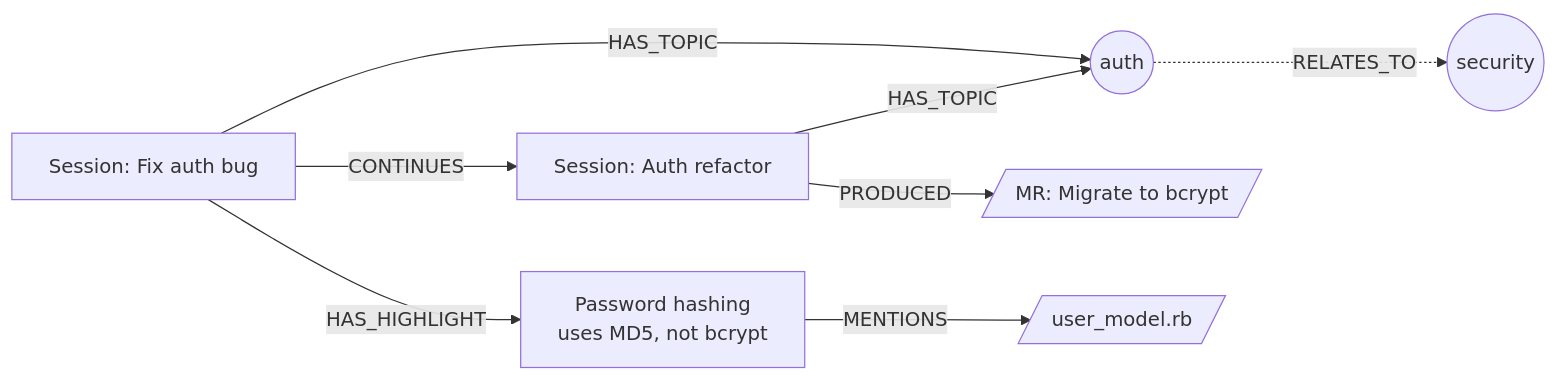
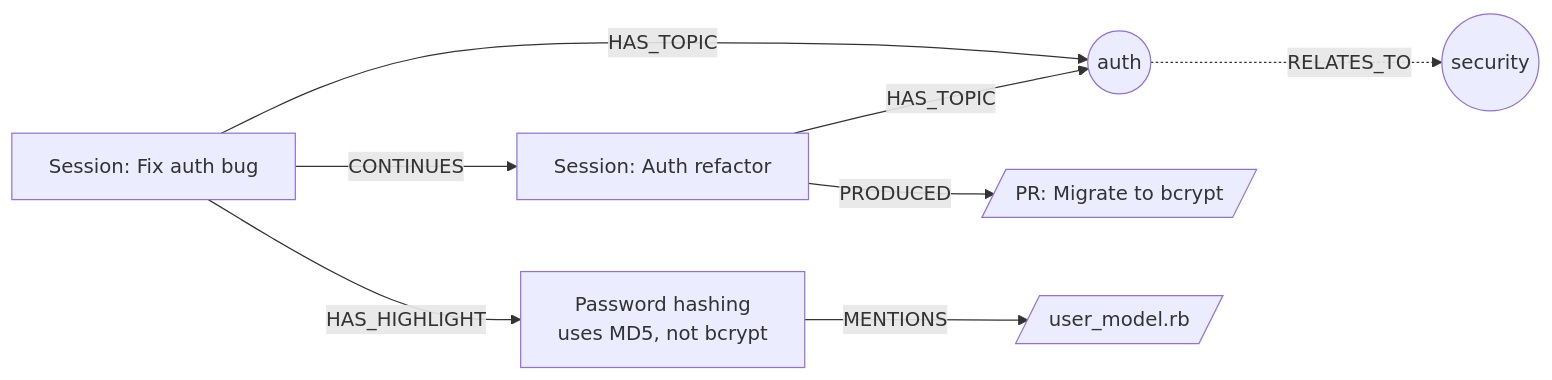
Before and after one commit to michaelangeloio/ctx: the diagram in README.md, drawn with Mermaid. The commit also changed other lines of this file and 2 other files, not shown here.

````diff
--- a/README.md
+++ b/README.md
@@ -5,10 +5,10 @@
 ```mermaid
 graph LR
     S1["Session: Fix auth bug"] -->|HAS_HIGHLIGHT| H1["Password hashing<br/>uses MD5, not bcrypt"]
     S1 -->|HAS_TOPIC| T1((auth))
     S1 -->|CONTINUES| S2["Session: Auth refactor"]
     S2 -->|HAS_TOPIC| T1
-    S2 -->|PRODUCED| A1[/"MR: Migrate to bcrypt"/]
+    S2 -->|PRODUCED| A1[/"PR: Migrate to bcrypt"/]
     T1 -.->|RELATES_TO| T2((security))
     H1 -->|MENTIONS| A2[/"user_model.rb"/]
 ```
````
